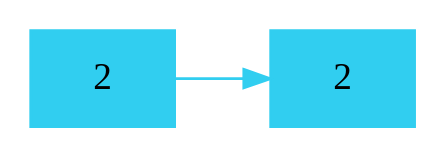
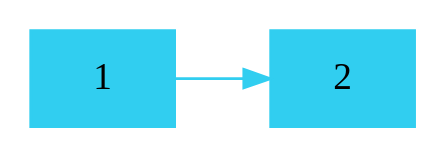
One commit to 201520506/Proyecto2s12017_201520506_201504242 changed the diagram in proyecto2EDD/SERVER/lista.dot. Above: the diagram before and after it, drawn with Graphviz. The commit also changed 20 other files, not shown here.

```diff
--- a/proyecto2EDD/SERVER/lista.dot
+++ b/proyecto2EDD/SERVER/lista.dot
@@ -1,12 +1,12 @@
 digraph G { 
 rankdir=LR; 
  node [shape=box];
  node [style=filled]; 
  node [fillcolor="#31CEF0"];
  node [color="#31CEF0"];
  edge [color="#31CEF0"];
-0[label="2"];
+0[label="1"];
 1[label="2"];
 
 0 -> 1;
  }
```
